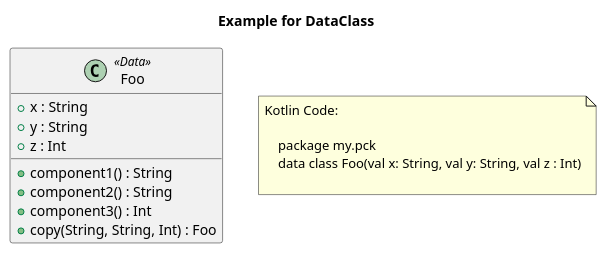
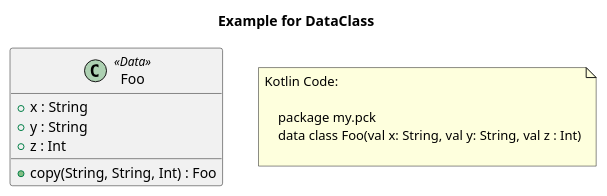
Before and after one commit to Tosaa/ksp-plantuml: the diagram in doc/plantuml/DataClass.puml, drawn with PlantUML. The commit also changed 32 other files, not shown here.

Commit message:
Refactor logic to figure out whether a property / function is inherited or not. Exclude kotlin.Enum for this check and also ensure that Data class componentN() functions are not removed, since they are marked as override

```diff
--- a/doc/plantuml/DataClass.puml
+++ b/doc/plantuml/DataClass.puml
@@ -1,32 +1,28 @@
 @startuml
 title Example for DataClass
 'This file is generated by the GenerateExamplesForDoc test.
 
     'my.pck.Foo
     class "Foo" as my_pck_Foo <<Data>>{
         + x : String
 		+ y : String
 		+ z : Int
-		+ component1() : String
-		+ component2() : String
-		+ component3() : Int
 		+ copy(String, String, Int) : Foo
     }
 
 
 'Inheritance relations
 
 'Property relations
 
 'Function relations
 
- 
 note as note_of_code
 Kotlin Code:
 
     package my.pck
     data class Foo(val x: String, val y: String, val z : Int)
     
 end note
-            
+
 @enduml
```
